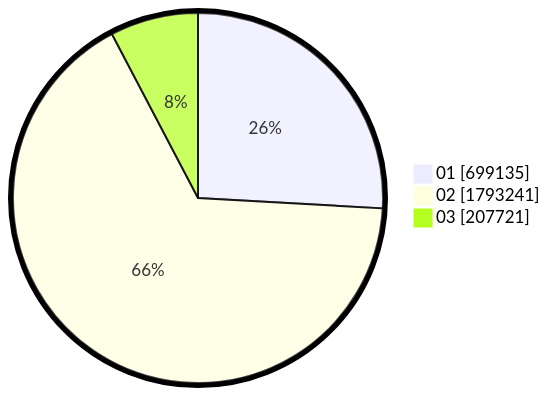
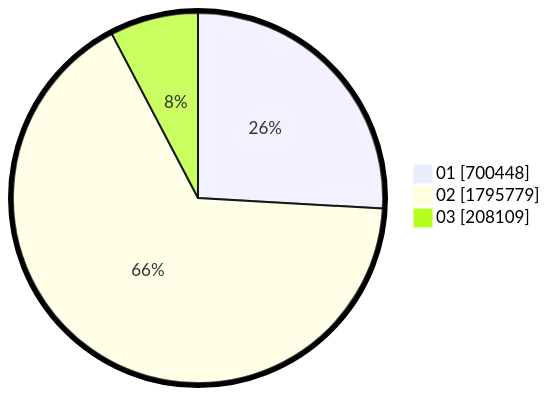
Before and after one commit to gigit-pemilu/pemilu-2024: the second of 2 diagrams in pilpres/hitung-suara/sub/table-wilayah-52.md, drawn with Mermaid. The commit also changed other lines of this file and 9 other files, not shown here.

````diff
--- a/pilpres/hitung-suara/sub/table-wilayah-52.md
+++ b/pilpres/hitung-suara/sub/table-wilayah-52.md
@@ -15,7 +15,7 @@
 ```mermaid
 %%{init: {"pie": {"textPosition": 0.5}, "themeVariables": {"pieOuterStrokeWidth": "5px"}} }%%
 pie showData
-    "01" : 699135
-    "02" : 1793241
-    "03" : 207721
+    "01" : 700448
+    "02" : 1795779
+    "03" : 208109
 ```
````
